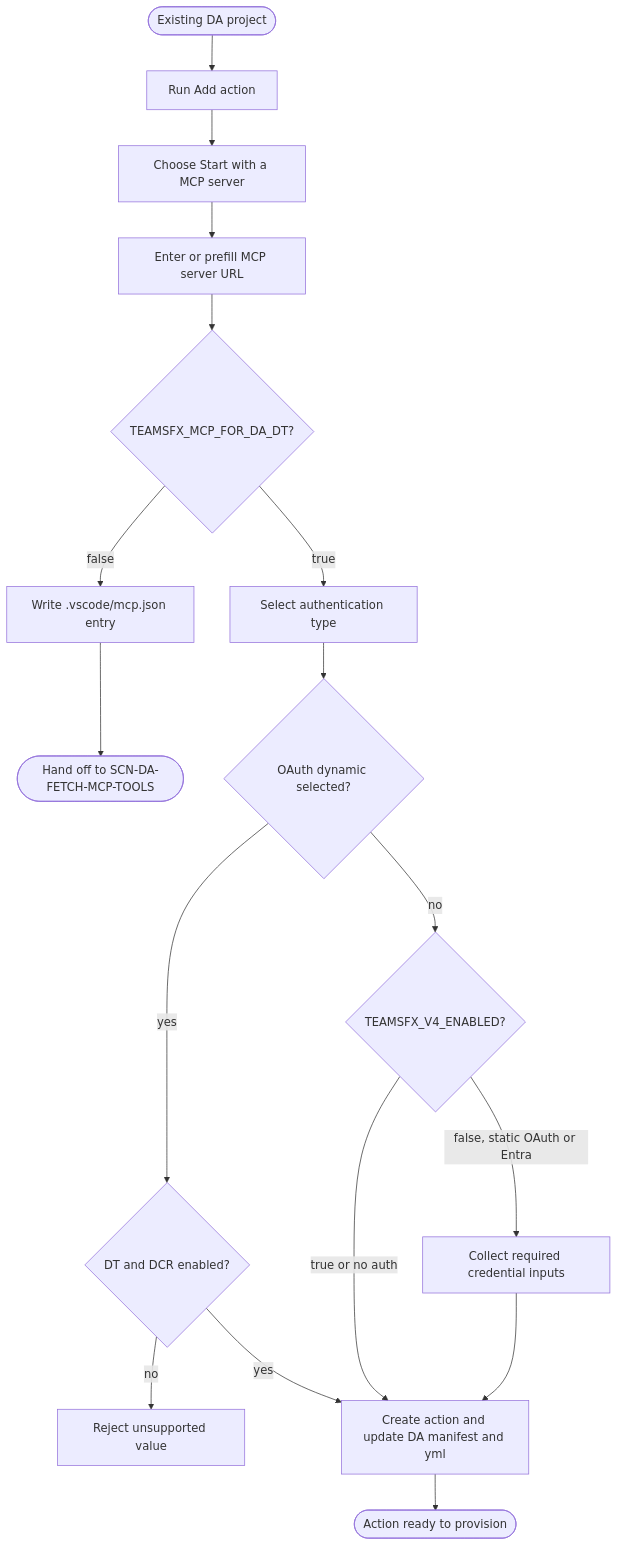
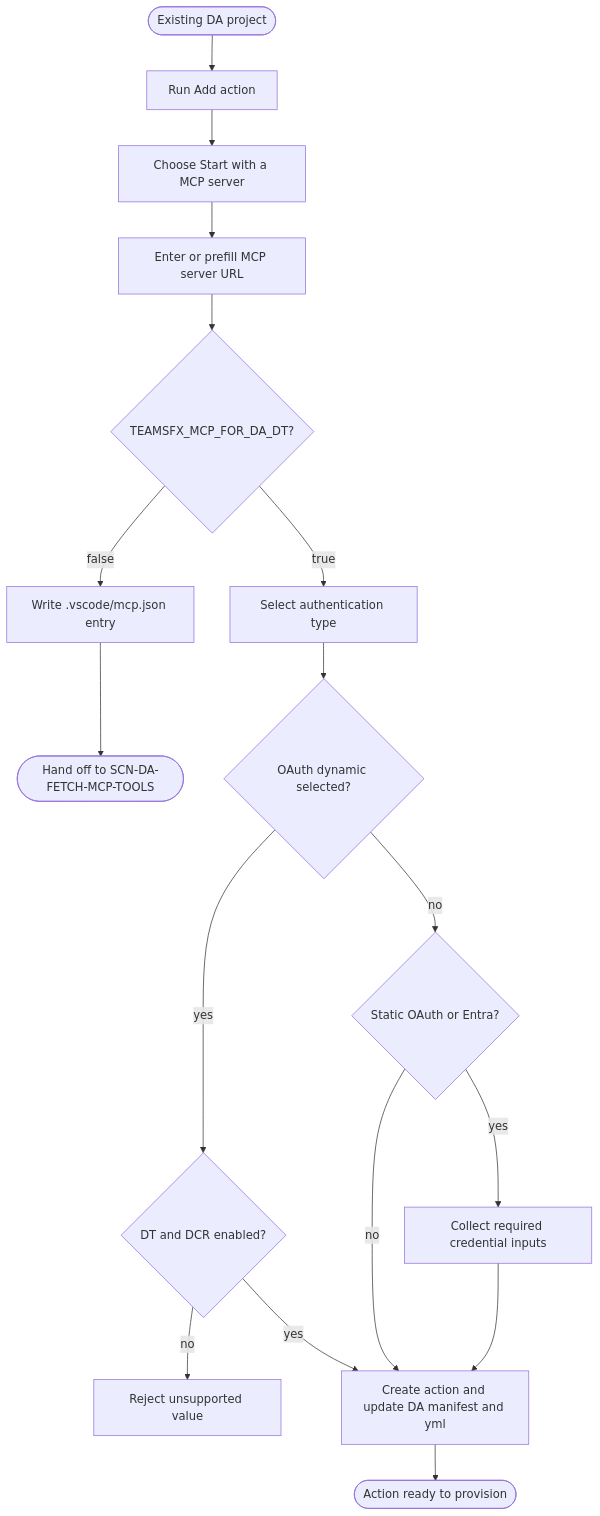
Before and after one commit to OfficeDev/Teams-Toolkit: the diagram in docs/01-product/scenarios/da/add-mcp-action-to-da.md, drawn with Mermaid. The commit also changed other lines of this file and 8 other files, not shown here.

````diff
--- a/docs/01-product/scenarios/da/add-mcp-action-to-da.md
+++ b/docs/01-product/scenarios/da/add-mcp-action-to-da.md
@@ -102,19 +101,19 @@
 ```mermaid
 flowchart TD
 	Start([Existing DA project]) --> Add[Run Add action]
 	Add --> Source[Choose Start with a MCP server]
 	Source --> URL[Enter or prefill MCP server URL]
 	URL --> DT{TEAMSFX_MCP_FOR_DA_DT?}
 	DT -- false --> Stage[Write .vscode/mcp.json entry]
 	Stage --> Fetch([Hand off to SCN-DA-FETCH-MCP-TOOLS])
 	DT -- true --> Auth[Select authentication type]
 	Auth --> DCR{OAuth dynamic selected?}
 	DCR -- yes --> Gate{DT and DCR enabled?}
 	Gate -- no --> Invalid[Reject unsupported value]
 	Gate -- yes --> Write
-  DCR -- no --> Engine{TEAMSFX_V4_ENABLED?}
-  Engine -- false, static OAuth or Entra --> Credentials[Collect required credential inputs]
-  Engine -- true or no auth --> Write[Create action and update DA manifest and yml]
+  DCR -- no --> Static{Static OAuth or Entra?}
+  Static -- yes --> Credentials[Collect required credential inputs]
+  Static -- no --> Write[Create action and update DA manifest and yml]
   Credentials --> Write
 	Write --> Complete([Action ready to provision])
 ```
````
